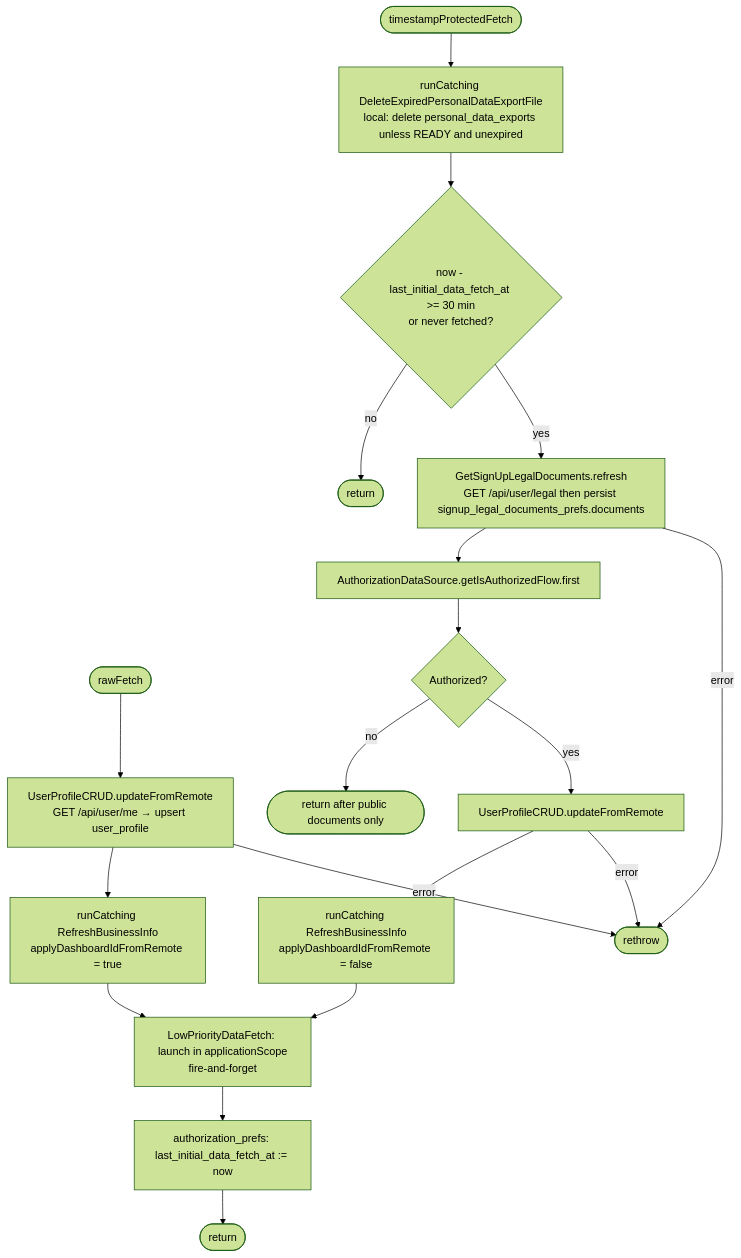
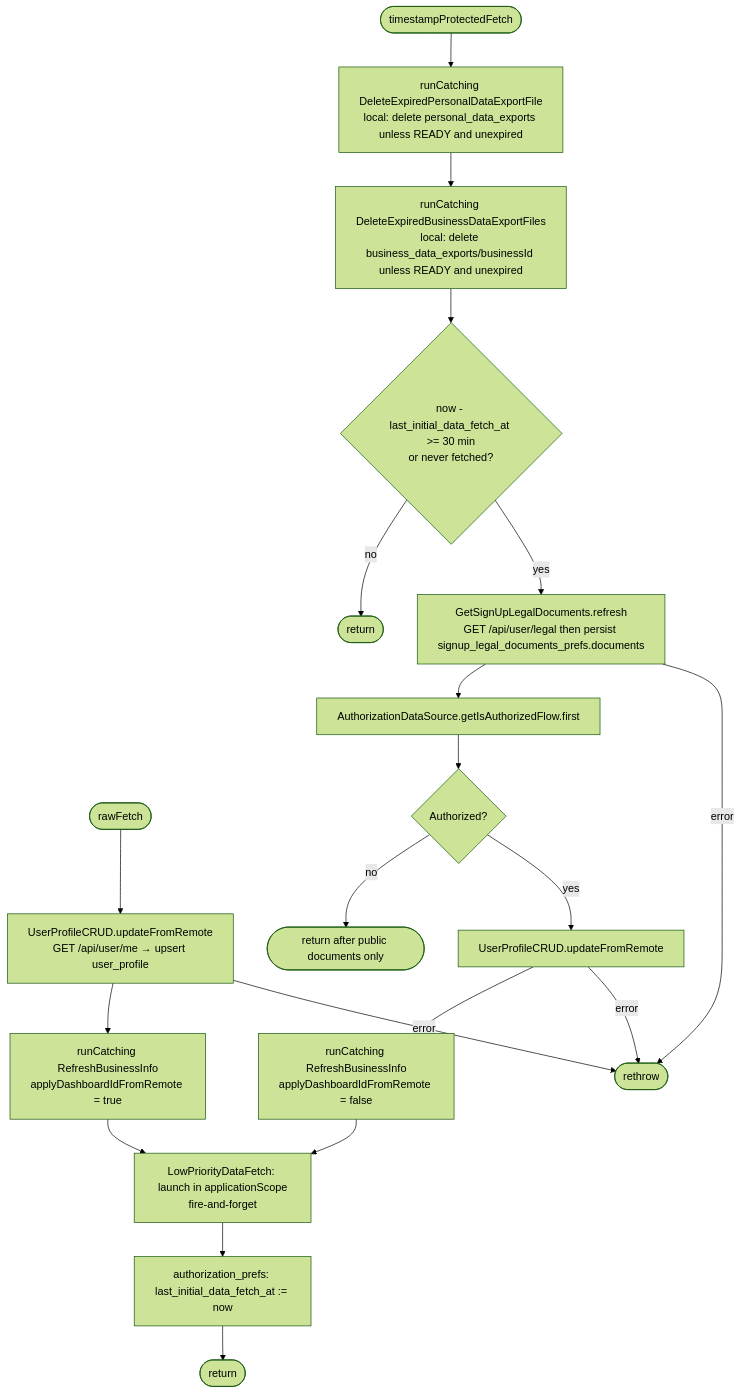
One commit to nocturneproperties/bookkme-client changed the first of 2 diagrams in docs/operations/authorization/initial-app-data-fetch.md. Above: the diagram before and after it, drawn with Mermaid (forest theme). The commit also changed other lines of this file and 81 other files, not shown here.

Commit message:
[ISSUE-132] business data export

````diff
--- a/docs/operations/authorization/initial-app-data-fetch.md
+++ b/docs/operations/authorization/initial-app-data-fetch.md
@@ -21,21 +22,22 @@
 ```mermaid
 flowchart TD
     A([rawFetch]) --> P
     B([timestampProtectedFetch]) --> Cleanup[runCatching DeleteExpiredPersonalDataExportFile<br/>local: delete personal_data_exports unless READY and unexpired]
-    Cleanup --> Due{now - last_initial_data_fetch_at >= 30 min<br/>or never fetched?}
+    Cleanup --> BizCleanup[runCatching DeleteExpiredBusinessDataExportFiles<br/>local: delete business_data_exports/businessId unless READY and unexpired]
+    BizCleanup --> Due{now - last_initial_data_fetch_at >= 30 min<br/>or never fetched?}
     Due -- no --> Skip([return])
     Due -- yes --> Legal[GetSignUpLegalDocuments.refresh<br/>GET /api/user/legal then persist signup_legal_documents_prefs.documents]
     Legal --> Auth[AuthorizationDataSource.getIsAuthorizedFlow.first]
     Auth --> Authorized{Authorized?}
     Authorized -- no --> PublicOnly([return after public documents only])
     Authorized -- yes --> P2
     Legal -- error --> EX
     P[UserProfileCRUD.updateFromRemote<br/>GET /api/user/me → upsert user_profile] --> BizA[runCatching RefreshBusinessInfo<br/>applyDashboardIdFromRemote = true]
     P2[UserProfileCRUD.updateFromRemote] --> BizB[runCatching RefreshBusinessInfo<br/>applyDashboardIdFromRemote = false]
     BizA --> Low
     BizB --> Low
     Low[LowPriorityDataFetch: launch in applicationScope<br/>fire-and-forget] --> Mark[authorization_prefs: last_initial_data_fetch_at := now]
     Mark --> R([return])
     P -- error --> EX([rethrow])
     P2 -- error --> EX
 ```
````
